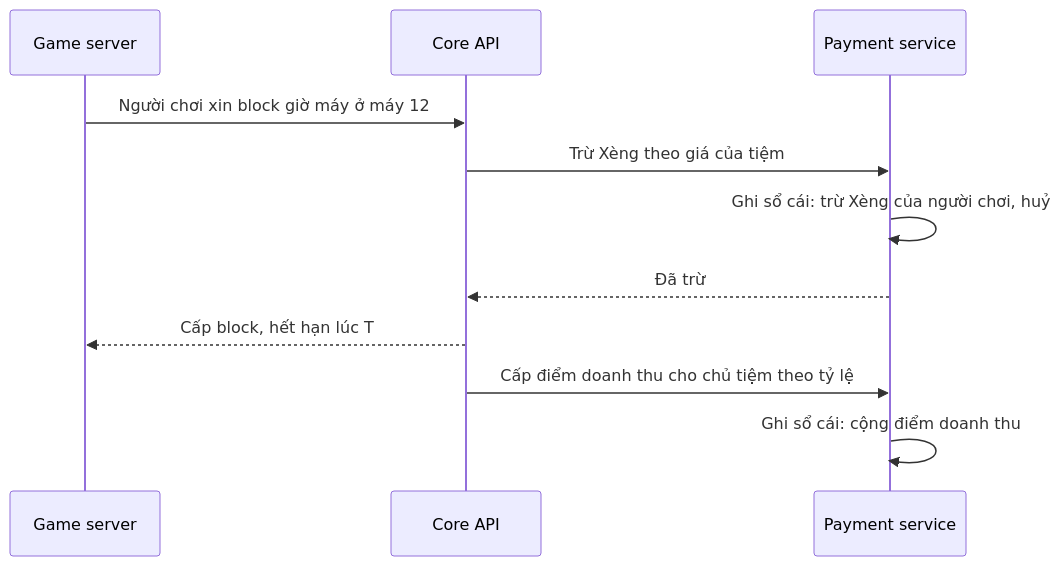
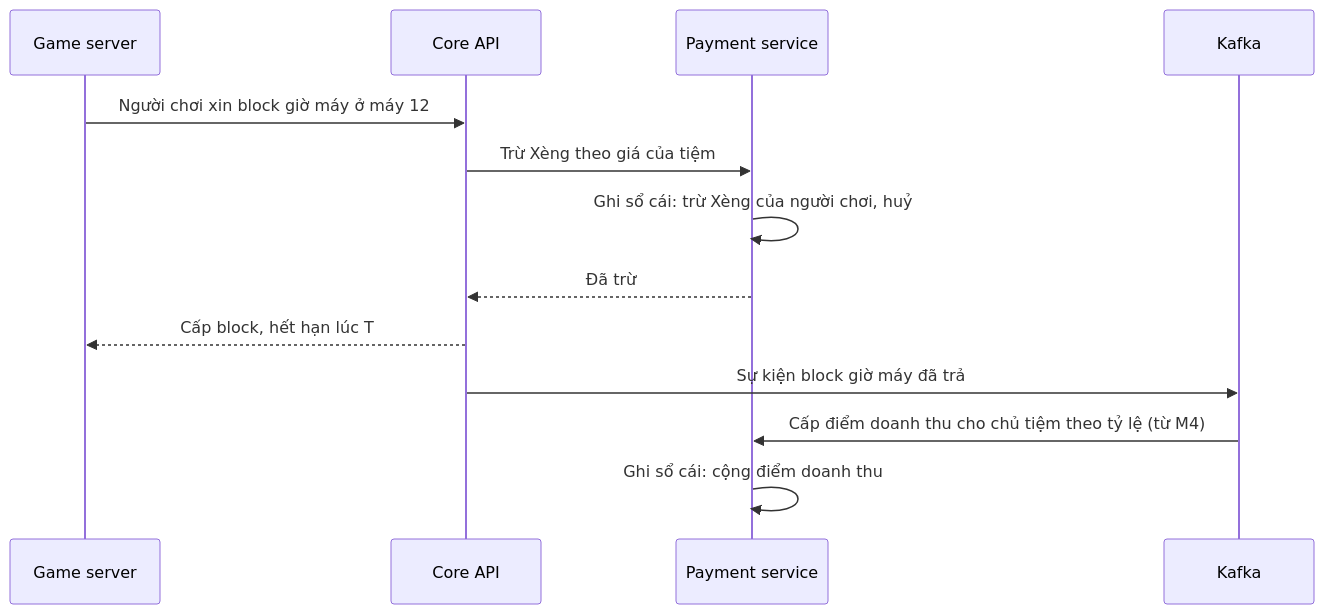
One commit to netverse3d/netverse3d changed the fifth of 5 diagrams in docs/wiki/product/business-flows.md. Above: the diagram before and after it, drawn with Mermaid. The commit also changed other lines of this file and 17 other files, not shown here.

Commit message:
docs: align component pages, flows and runbook with the new roadmap

````diff
--- a/docs/wiki/product/business-flows.md
+++ b/docs/wiki/product/business-flows.md
@@ -87,13 +90,15 @@
 ```mermaid
 sequenceDiagram
   participant G as Game server
   participant C as Core API
   participant P as Payment service
+  participant K as Kafka
   G->>C: Người chơi xin block giờ máy ở máy 12
   C->>P: Trừ Xèng theo giá của tiệm
   P->>P: Ghi sổ cái: trừ Xèng của người chơi, huỷ
   P-->>C: Đã trừ
   C-->>G: Cấp block, hết hạn lúc T
-  C->>P: Cấp điểm doanh thu cho chủ tiệm theo tỷ lệ
+  C->>K: Sự kiện block giờ máy đã trả
+  K->>P: Cấp điểm doanh thu cho chủ tiệm theo tỷ lệ (từ M4)
   P->>P: Ghi sổ cái: cộng điểm doanh thu
 ```
````
